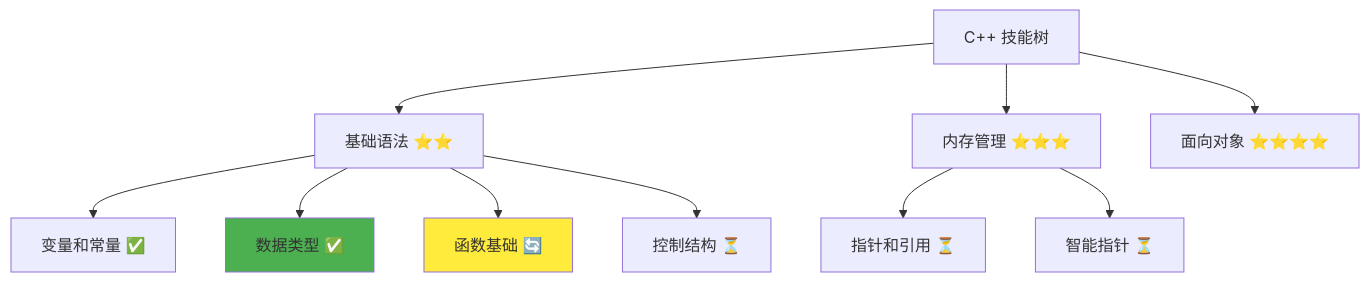
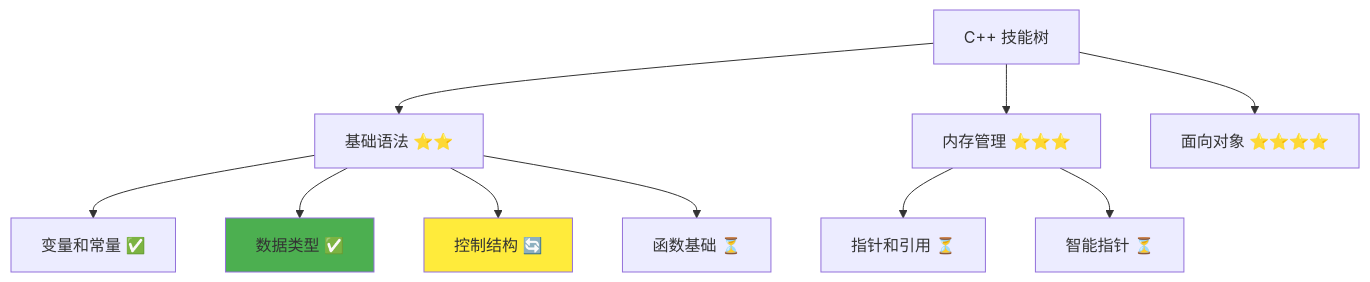
One commit to IdEvEbI/QtLanChat-FeiQClone changed the second of 2 diagrams in docs/stage1/03-data-types.md. Above: the diagram before and after it, drawn with Mermaid. The commit also changed other lines of this file, not shown here.

````diff
--- a/docs/stage1/03-data-types.md
+++ b/docs/stage1/03-data-types.md
@@ -917,17 +917,17 @@
 ```mermaid
 graph TD
     A[C++ 技能树] --> B[基础语法 ⭐⭐]
     A --> C[内存管理 ⭐⭐⭐]
     A --> D[面向对象 ⭐⭐⭐⭐]
 
     B --> B1[变量和常量 ✅]
     B --> B2[数据类型 ✅]
-    B --> B3[函数基础 🔄]
-    B --> B4[控制结构 ⏳]
+    B --> B3[控制结构 🔄]
+    B --> B4[函数基础 ⏳]
 
     C --> C1[指针和引用 ⏳]
     C --> C2[智能指针 ⏳]
 
     style B2 fill:#4caf50
     style B3 fill:#ffeb3b
 ```
````
